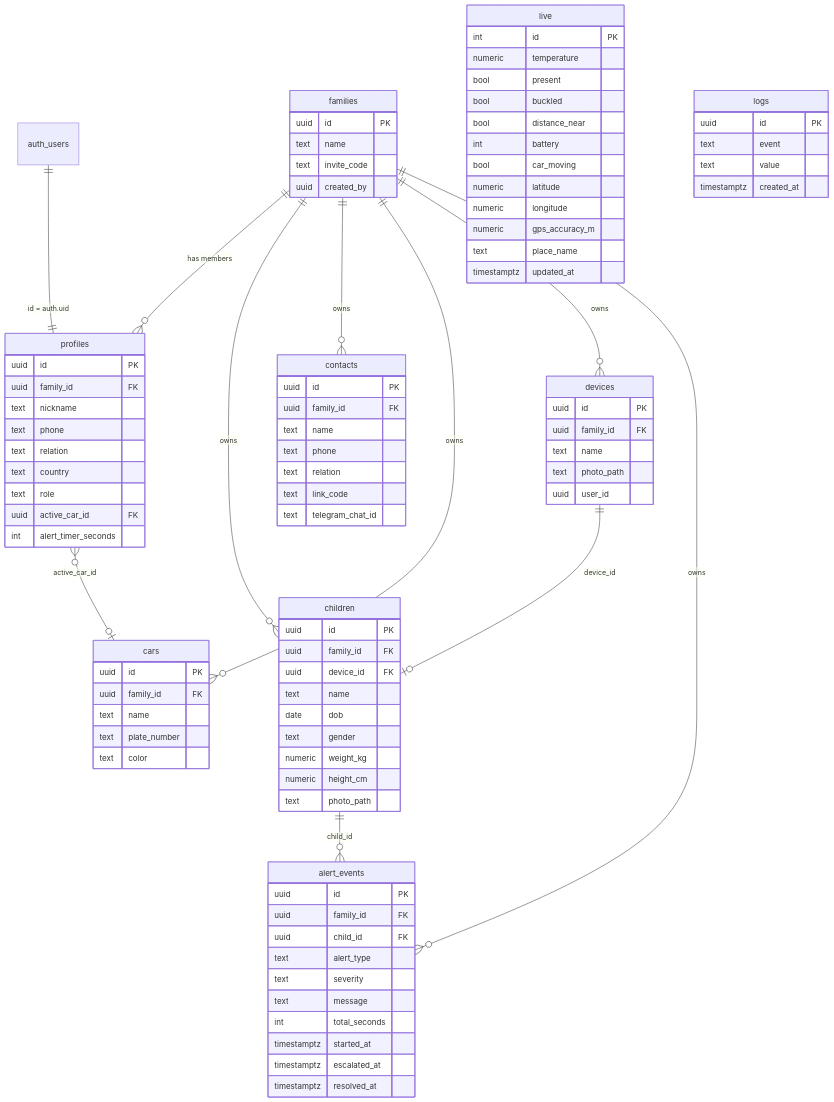
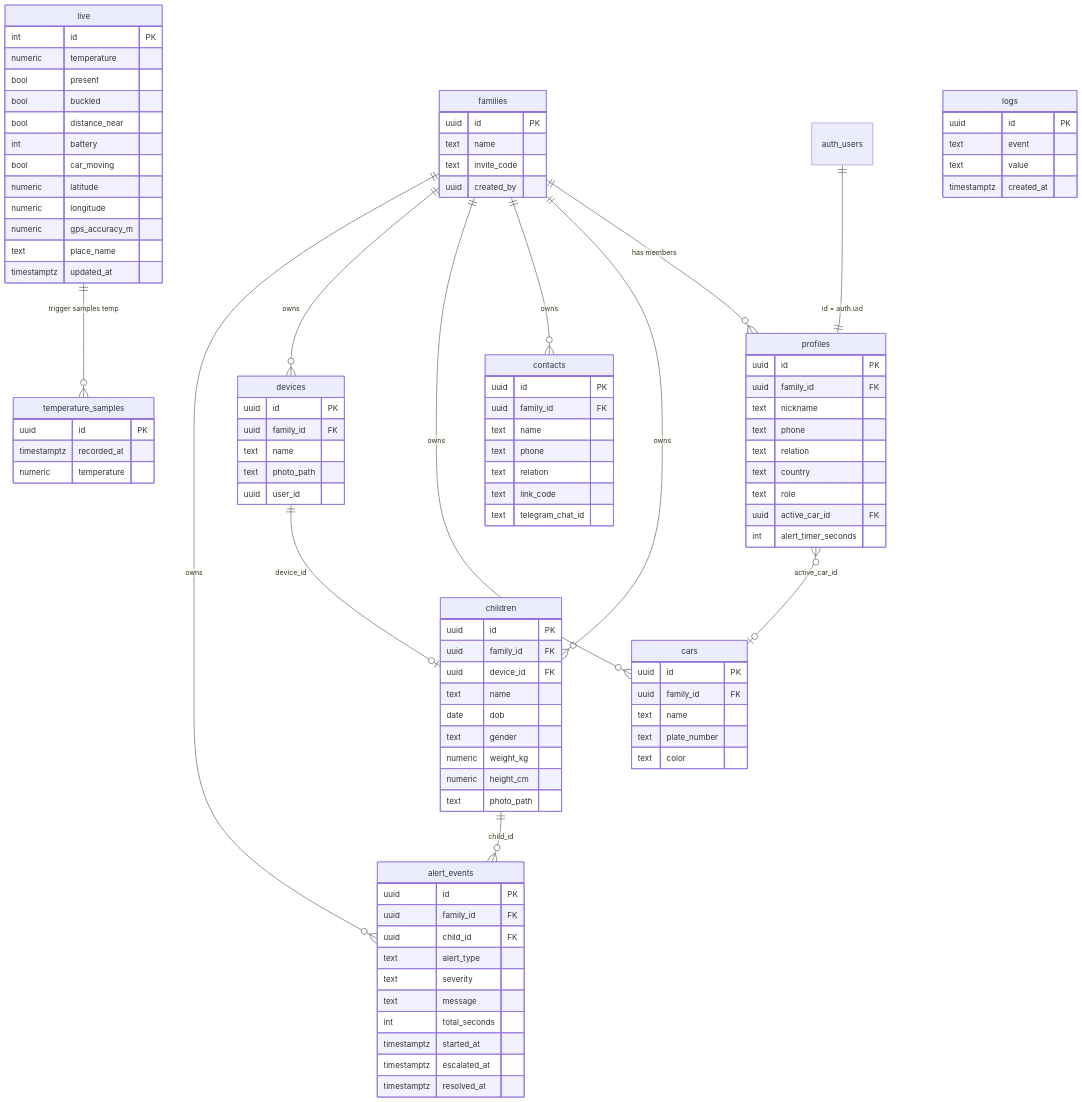
The diagram in docs/DATABASE.md (Liyohhh/Waby), drawn with Mermaid before and after one commit. The commit also changed other lines of this file and 9 other files, not shown here.

```diff
--- a/docs/DATABASE.md
+++ b/docs/DATABASE.md
@@ -23,6 +23,7 @@
   devices ||--o| children : "device_id"
   profiles }o--o| cars : "active_car_id"
   children ||--o{ alert_events : "child_id"
+  live ||--o{ temperature_samples : "trigger samples temp"
 
   live {
     int id PK
@@ -37,6 +38,12 @@
     numeric gps_accuracy_m
     text place_name
     timestamptz updated_at
+  }
+
+  temperature_samples {
+    uuid id PK
+    timestamptz recorded_at
+    numeric temperature
   }
 
   logs {
```
